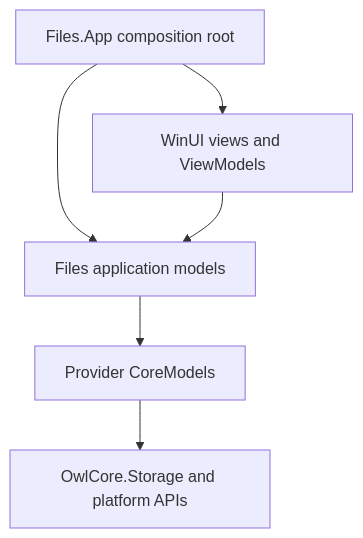
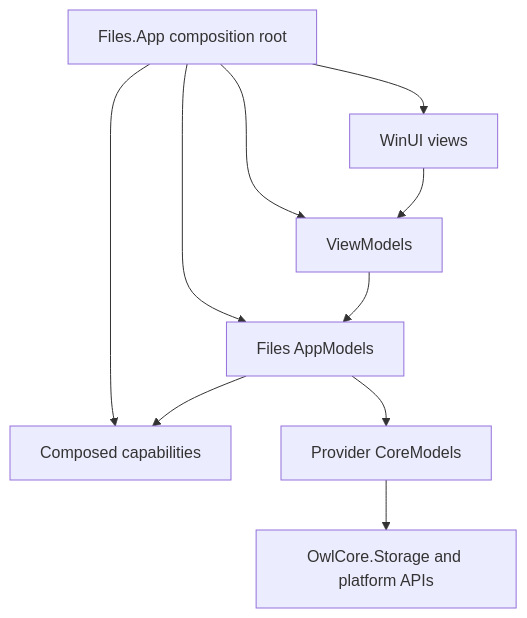
One commit to 0x5bfa/Files changed the first of 2 diagrams in docs/architecture/README.md. Above: the diagram before and after it, drawn with Mermaid. The commit also changed other lines of this file and 63 other files, not shown here.

````diff
--- a/docs/architecture/README.md
+++ b/docs/architecture/README.md
@@ -7,14 +7,20 @@
 ```mermaid
 flowchart TB
-    App["Files.App composition root"]
-    Views["WinUI views and ViewModels"]
-    AppModels["Files application models"]
+    Root["Files.App composition root"]
+    Views["WinUI views"]
+    ViewModels["ViewModels"]
+    AppModels["Files AppModels"]
+    Capabilities["Composed capabilities"]
     CoreModels["Provider CoreModels"]
     Providers["OwlCore.Storage and platform APIs"]
 
-    App --> Views
-    App --> AppModels
-    Views --> AppModels
+    Root --> Views
+    Root --> ViewModels
+    Root --> AppModels
+    Root --> Capabilities
+    Views --> ViewModels
+    ViewModels --> AppModels
+    AppModels --> Capabilities
     AppModels --> CoreModels
     CoreModels --> Providers
 ```
````
